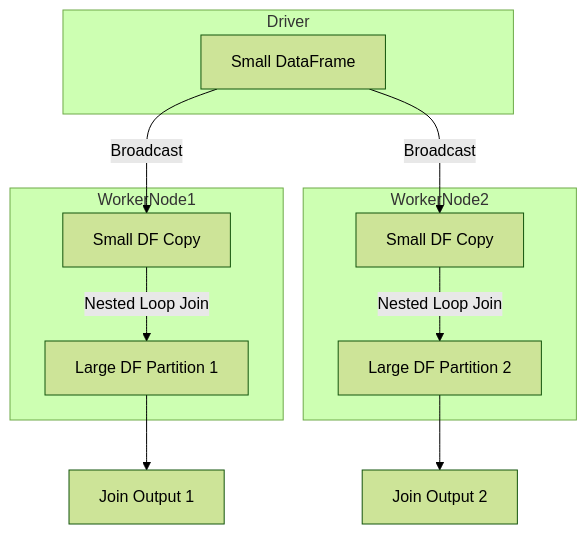
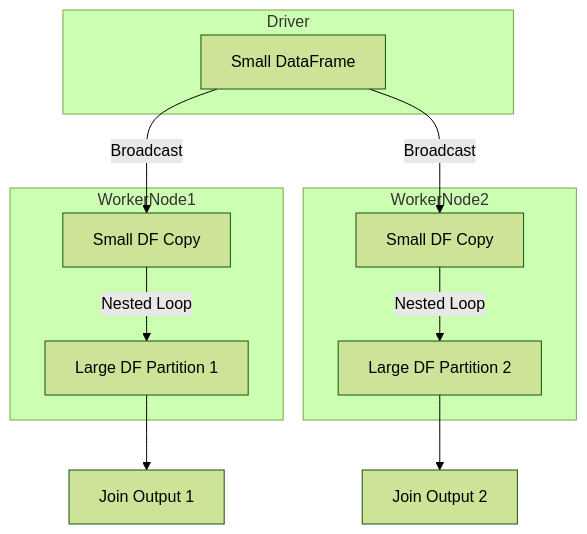
One commit to mahfooziiitian/spark-batch changed the second of 2 diagrams in spark-sql/docs/join/strategy/bnlj.md. Above: the diagram before and after it, drawn with Mermaid (forest theme). The commit also changed other lines of this file and 223 other files, not shown here.

````diff
--- a/spark-sql/docs/join/strategy/bnlj.md
+++ b/spark-sql/docs/join/strategy/bnlj.md
@@ -28,26 +42,25 @@
 ```mermaid
 flowchart TB
+    subgraph Driver
+        smallDF[Small DataFrame]
+    end
 
-subgraph Driver
-    smallDF[Small DataFrame]
-end
+    subgraph WorkerNode1
+        smallCopy1[Small DF Copy]
+        largePart1[Large DF Partition 1]
+    end
 
-subgraph WorkerNode1
-    smallCopy1[Small DF Copy]
-    largePart1[Large DF Partition 1]
-end
+    subgraph WorkerNode2
+        smallCopy2[Small DF Copy]
+        largePart2[Large DF Partition 2]
+    end
 
-subgraph WorkerNode2
-    smallCopy2[Small DF Copy]
-    largePart2[Large DF Partition 2]
-end
+    smallDF -- Broadcast --> smallCopy1
+    smallDF -- Broadcast --> smallCopy2
 
-smallDF -- Broadcast --> smallCopy1
-smallDF -- Broadcast --> smallCopy2
+    smallCopy1 -- Nested Loop --> largePart1
+    smallCopy2 -- Nested Loop --> largePart2
 
-smallCopy1 -- Nested Loop Join --> largePart1
-smallCopy2 -- Nested Loop Join --> largePart2
-
-largePart1 --> out1[Join Output 1]
-largePart2 --> out2[Join Output 2]
+    largePart1 --> out1[Join Output 1]
+    largePart2 --> out2[Join Output 2]
 ```
````
